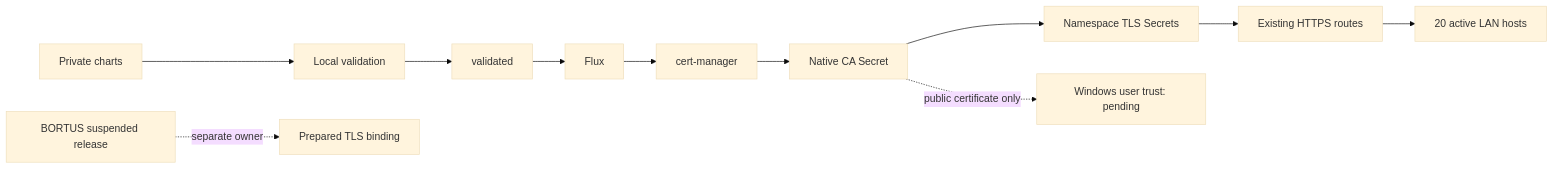
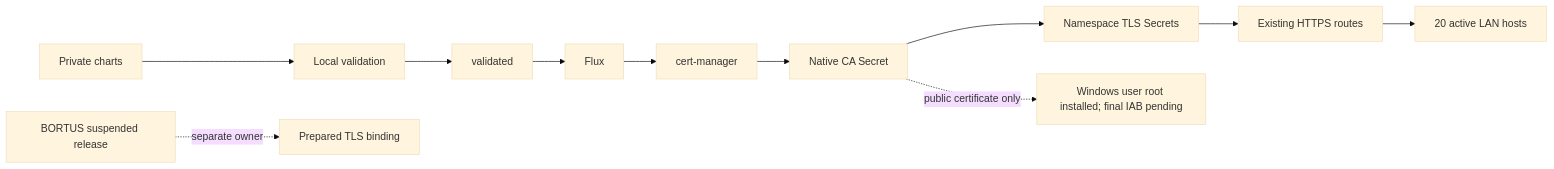
The diagram in docs/LAN-TLS-AND-LEGACY-PROXY-RETIREMENT-20261026.md (jtmb/branconet-homelab), drawn with Mermaid (base theme) before and after one commit. The commit also changed other lines of this file and 12 other files, not shown here.

Commit message:
Upgrade snapshot controller and record Windows trust acceptance

````diff
--- a/docs/LAN-TLS-AND-LEGACY-PROXY-RETIREMENT-20261026.md
+++ b/docs/LAN-TLS-AND-LEGACY-PROXY-RETIREMENT-20261026.md
@@ -17,13 +24,13 @@
 ```mermaid
 flowchart LR
     Git[Private charts] --> Check[Local validation]
     Check --> Validated[validated]
     Validated --> Flux
     Flux --> CM[cert-manager]
     CM --> CA[Native CA Secret]
     CA --> Leaves[Namespace TLS Secrets]
     Leaves --> Ingress[Existing HTTPS routes]
     Ingress --> Apps[20 active LAN hosts]
-    CA -. public certificate only .-> Trust[Windows user trust: pending]
+    CA -. public certificate only .-> Trust[Windows user root installed; final IAB pending]
     Held[BORTUS suspended release] -. separate owner .-> Exception[Prepared TLS binding]
 ```
````
